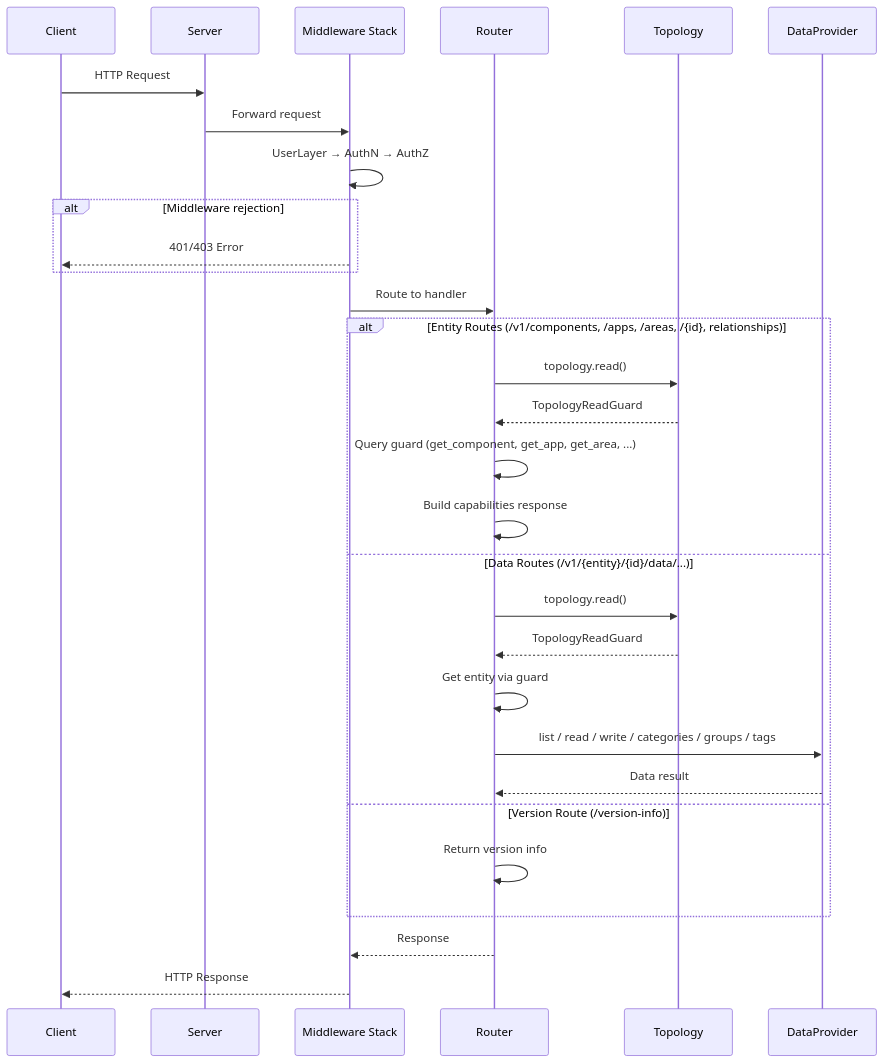
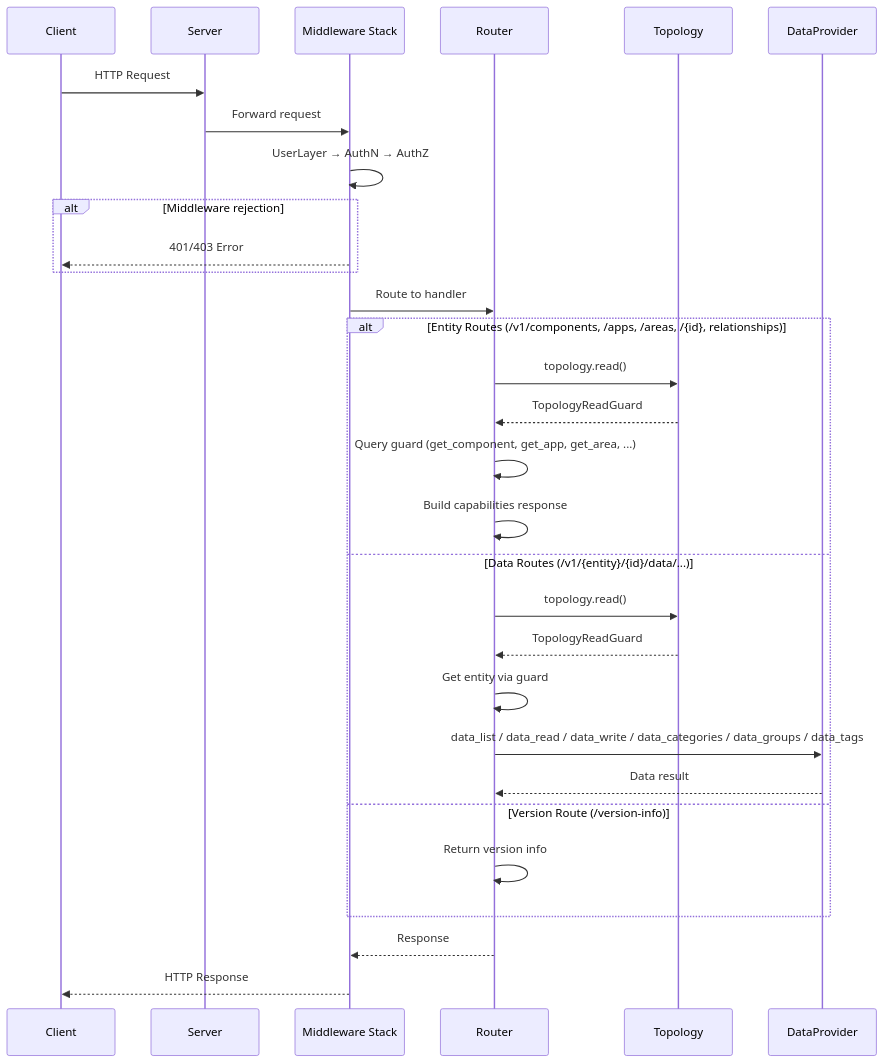
Before and after one commit to eclipse-opensovd/opensovd-core: the second of 2 diagrams in docs/architecture.md, drawn with Mermaid. The commit also changed other lines of this file, not shown here.

Commit message:
docs: use the data_ provider names in the architecture doc

````diff
--- a/docs/architecture.md
+++ b/docs/architecture.md
@@ -236,37 +236,37 @@
 ```mermaid
 sequenceDiagram
     participant C as Client
     participant S as Server
     participant MW as Middleware Stack
     participant R as Router
     participant Top as Topology
     participant DP as DataProvider
 
     C->>S: HTTP Request
     S->>MW: Forward request
     MW->>MW: UserLayer → AuthN → AuthZ
 
     alt Middleware rejection
         MW-->>C: 401/403 Error
     end
 
     MW->>R: Route to handler
 
     alt Entity Routes (/v1/components, /apps, /areas, /{id}, relationships)
         R->>Top: topology.read()
         Top-->>R: TopologyReadGuard
         R->>R: Query guard (get_component, get_app, get_area, ...)
         R->>R: Build capabilities response
     else Data Routes (/v1/{entity}/{id}/data/...)
         R->>Top: topology.read()
         Top-->>R: TopologyReadGuard
         R->>R: Get entity via guard
-        R->>DP: list / read / write / categories / groups / tags
+        R->>DP: data_list / data_read / data_write / data_categories / data_groups / data_tags
         DP-->>R: Data result
     else Version Route (/version-info)
         R->>R: Return version info
     end
 
     R-->>MW: Response
     MW-->>C: HTTP Response
 ```
````
